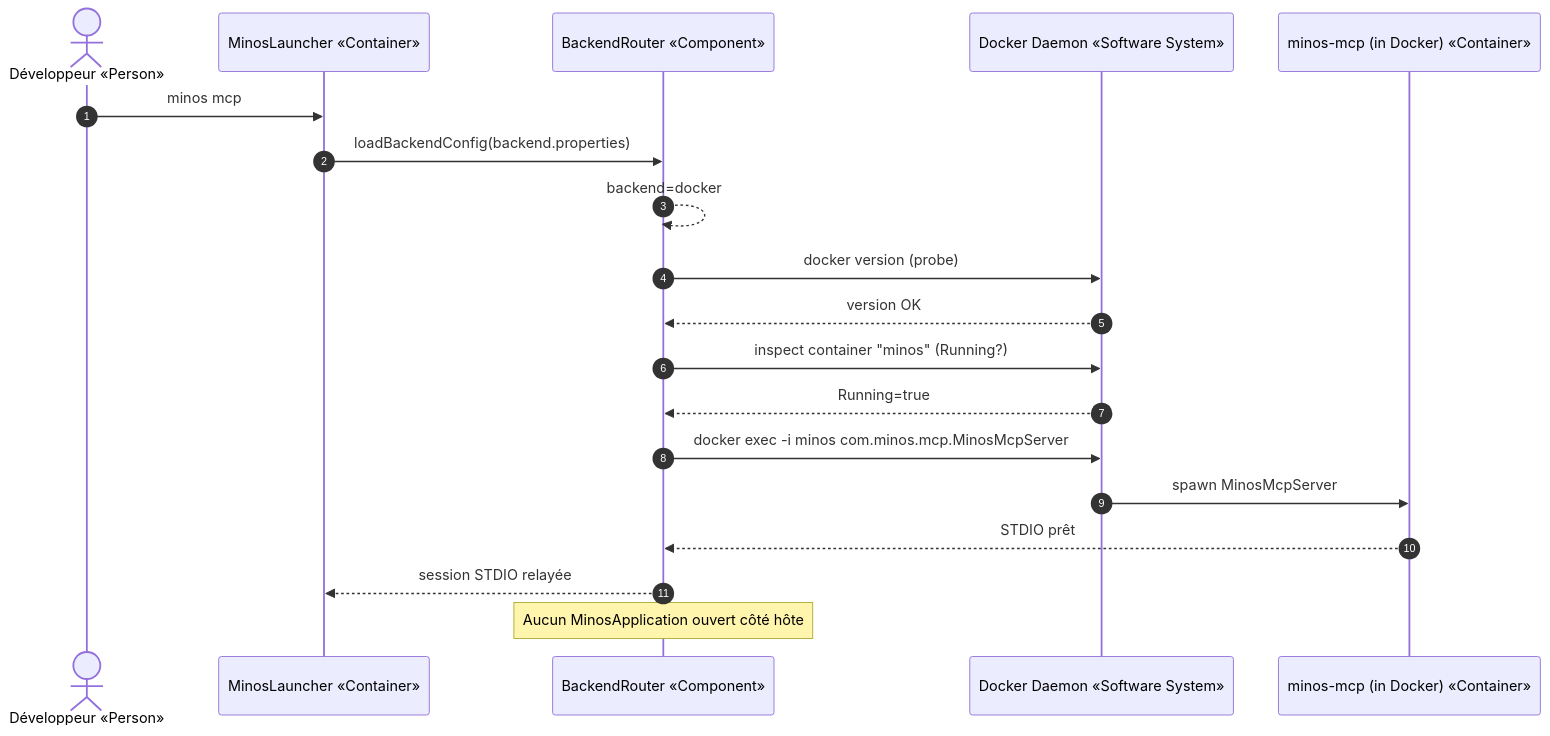
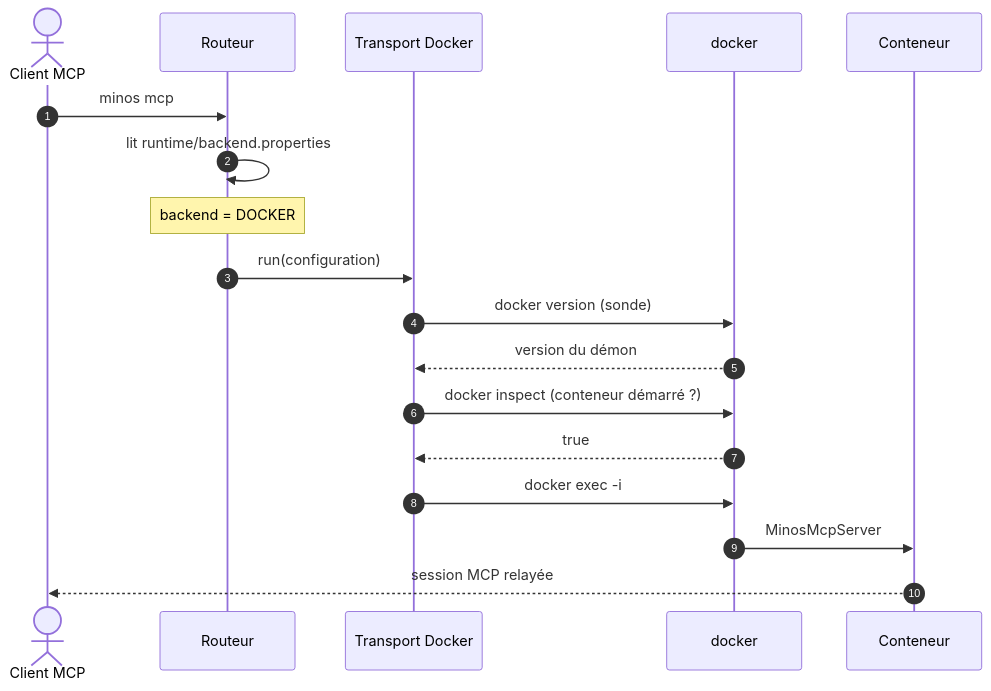
The sixth of 6 diagrams in docs/architecture/arc42/06-vue-execution.md (FTurleque/minos-code-intelligence), drawn with Mermaid before and after one commit. The commit also changed other lines of this file and 7 other files, not shown here.

First line of the commit message:
docs(architecture): remplacer les diagrammes périmés d'arc42 par les versions relues (G17, G18)

````diff
--- a/docs/architecture/arc42/06-vue-execution.md
+++ b/docs/architecture/arc42/06-vue-execution.md
@@ -123,22 +209,21 @@
 ```mermaid
 sequenceDiagram
     autonumber
-    actor Dev as Développeur «Person»
-    participant Launcher as MinosLauncher «Container»
-    participant Router as BackendRouter «Component»
-    participant Docker as Docker Daemon «Software System»
-    participant Container as minos-mcp (in Docker) «Container»
+    actor Client as Client MCP
+    participant R as Routeur
+    participant T as Transport Docker
+    participant D as docker
+    participant C as Conteneur
 
-    Dev->>Launcher: minos mcp
-    Launcher->>Router: loadBackendConfig(backend.properties)
-    Router-->>Router: backend=docker
-    Router->>Docker: docker version (probe)
-    Docker-->>Router: version OK
-    Router->>Docker: inspect container "minos" (Running?)
-    Docker-->>Router: Running=true
-    Router->>Docker: docker exec -i minos com.minos.mcp.MinosMcpServer
-    Docker->>Container: spawn MinosMcpServer
-    Container-->>Router: STDIO prêt
-    Router-->>Launcher: session STDIO relayée
-    Note over Router: Aucun MinosApplication ouvert côté hôte
+    Client->>R: minos mcp
+    R->>R: lit runtime/backend.properties
+    Note over R: backend = DOCKER
+    R->>T: run(configuration)
+    T->>D: docker version (sonde)
+    D-->>T: version du démon
+    T->>D: docker inspect (conteneur démarré ?)
+    D-->>T: true
+    T->>D: docker exec -i
+    D->>C: MinosMcpServer
+    C-->>Client: session MCP relayée
 ```
````
